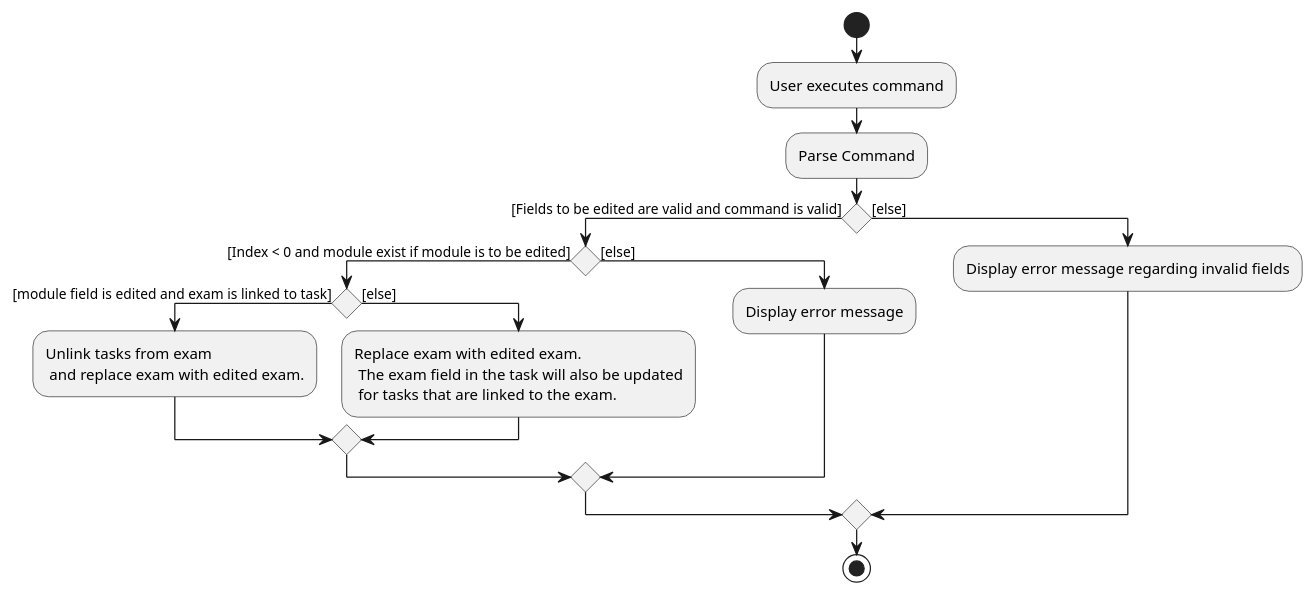
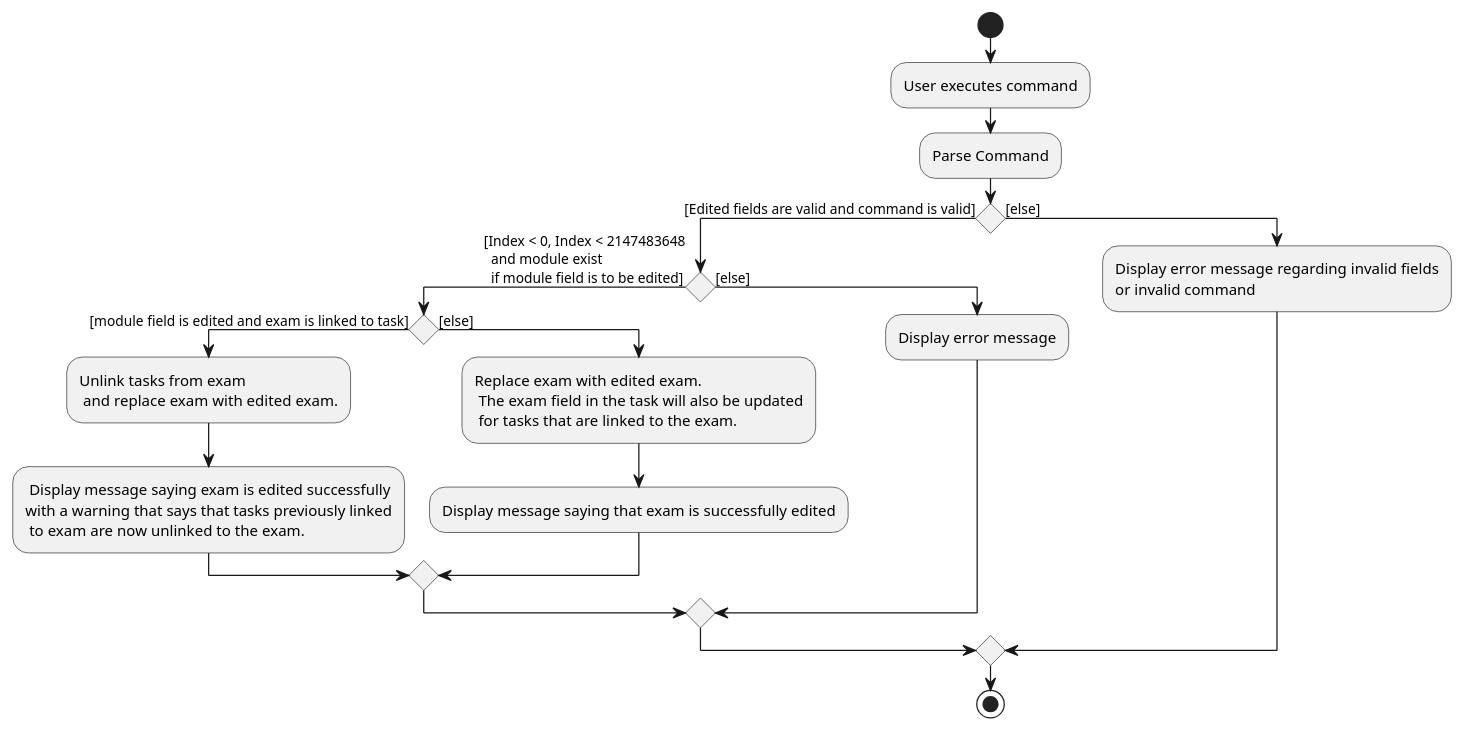
Before and after one commit to nus-cs2103-AY2223S1/tp: the diagram in docs/diagrams/EditExamActivityDiagram.puml, drawn with PlantUML. The commit also changed 11 other files, not shown here.

```diff
--- a/docs/diagrams/EditExamActivityDiagram.puml
+++ b/docs/diagrams/EditExamActivityDiagram.puml
@@ -1,25 +1,32 @@
 @startuml
 start
 :User executes command;
 :Parse Command;
-if () then ([Fields to be edited are valid and command is valid])
-  if () then([Index < 0 and module exist if module is to be edited])
+if () then ([Edited fields are valid and command is valid])
+  if () then([Index < 0, Index < 2147483648
+  and module exist
+  if module field is to be edited])
       if () then([module field is edited and exam is linked to task])
           :Unlink tasks from exam
            and replace exam with edited exam.;
+          : Display message saying exam is edited successfully
+          with a warning that says that tasks previously linked
+           to exam are now unlinked to the exam.;
       else([else])
           :Replace exam with edited exam.
            The exam field in the task will also be updated
            for tasks that are linked to the exam.;
+          :Display message saying that exam is successfully edited;
       endif
   else([else])
      :Display error message;
   endif
 else ([else])
-  :Display error message regarding invalid fields;
+  :Display error message regarding invalid fields
+  or invalid command;
 
 endif
 
 stop
 
 @enduml
```
